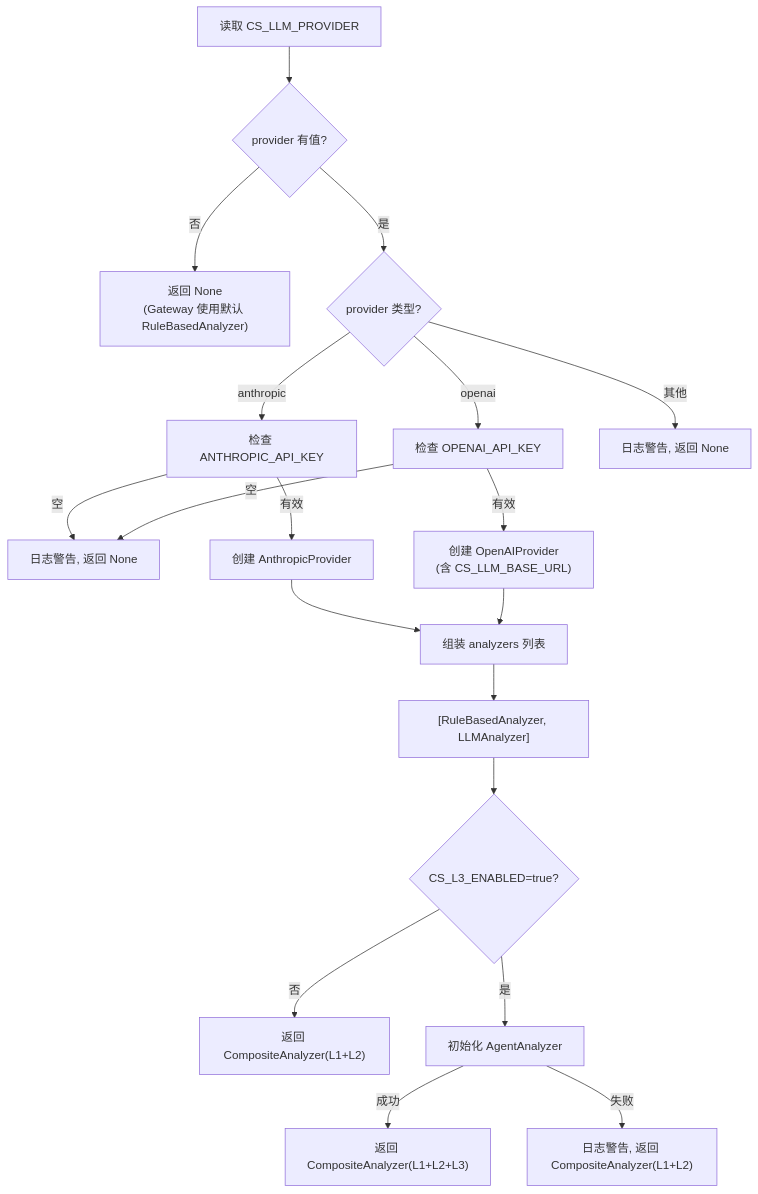
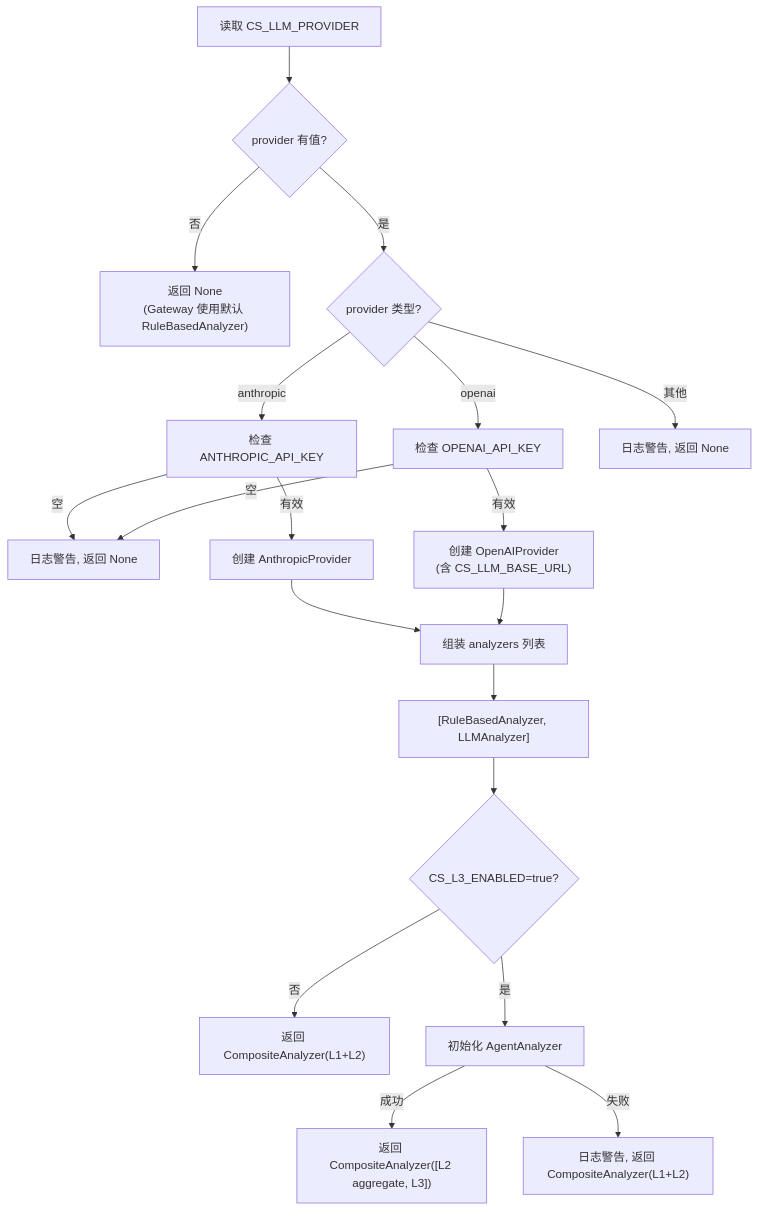
The diagram in site-docs/configuration/llm-config.md (Elroyper/ClawSentry), drawn with Mermaid before and after one commit. The commit also changed other lines of this file and 37 other files, not shown here.

````diff
--- a/site-docs/configuration/llm-config.md
+++ b/site-docs/configuration/llm-config.md
@@ -286,21 +293,21 @@
 ```mermaid
 graph TD
     A["读取 CS_LLM_PROVIDER"] --> B{provider 有值?}
     B -->|否| C["返回 None<br/>(Gateway 使用默认 RuleBasedAnalyzer)"]
     B -->|是| D{provider 类型?}
     D -->|anthropic| E["检查 ANTHROPIC_API_KEY"]
     D -->|openai| F["检查 OPENAI_API_KEY"]
     D -->|其他| G["日志警告, 返回 None"]
     E -->|空| H["日志警告, 返回 None"]
     E -->|有效| I["创建 AnthropicProvider"]
     F -->|空| H
     F -->|有效| J["创建 OpenAIProvider<br/>(含 CS_LLM_BASE_URL)"]
     I --> K["组装 analyzers 列表"]
     J --> K
     K --> L["[RuleBasedAnalyzer, LLMAnalyzer]"]
     L --> M{CS_L3_ENABLED=true?}
     M -->|否| N["返回 CompositeAnalyzer(L1+L2)"]
     M -->|是| O["初始化 AgentAnalyzer"]
-    O -->|成功| P["返回 CompositeAnalyzer(L1+L2+L3)"]
+    O -->|成功| P["返回 CompositeAnalyzer([L2 aggregate, L3])"]
     O -->|失败| Q["日志警告, 返回 CompositeAnalyzer(L1+L2)"]
 ```
````
